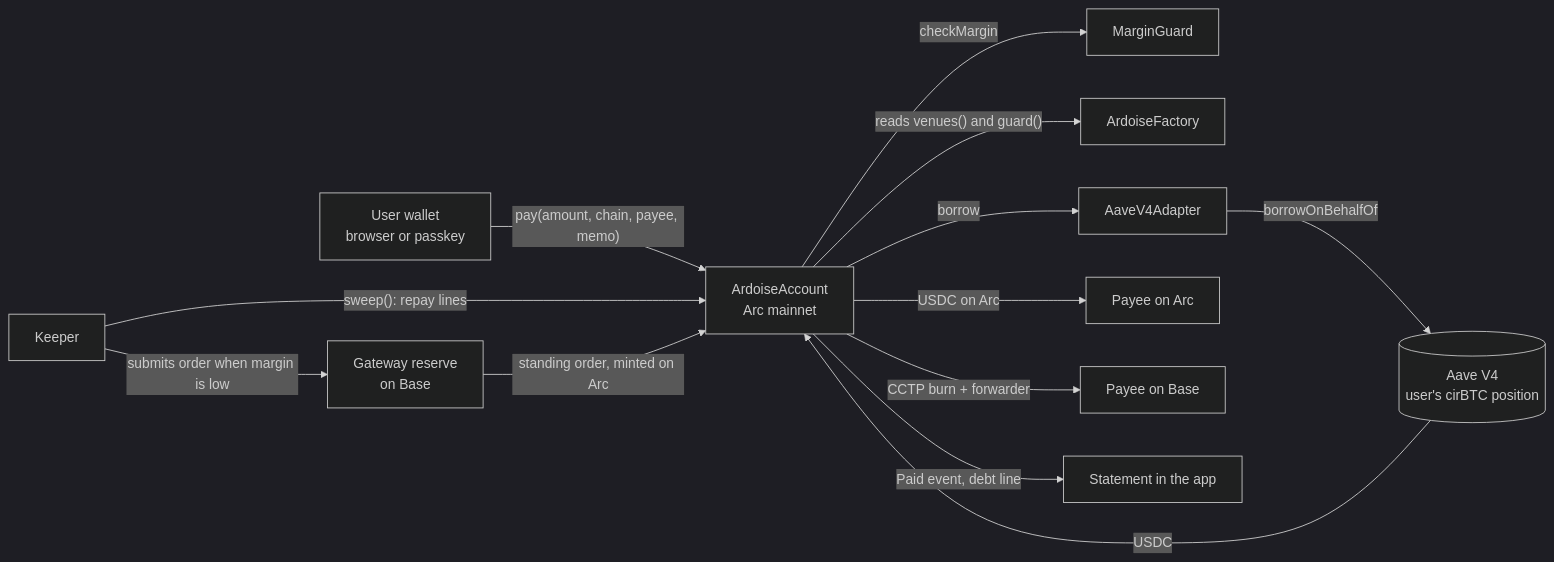
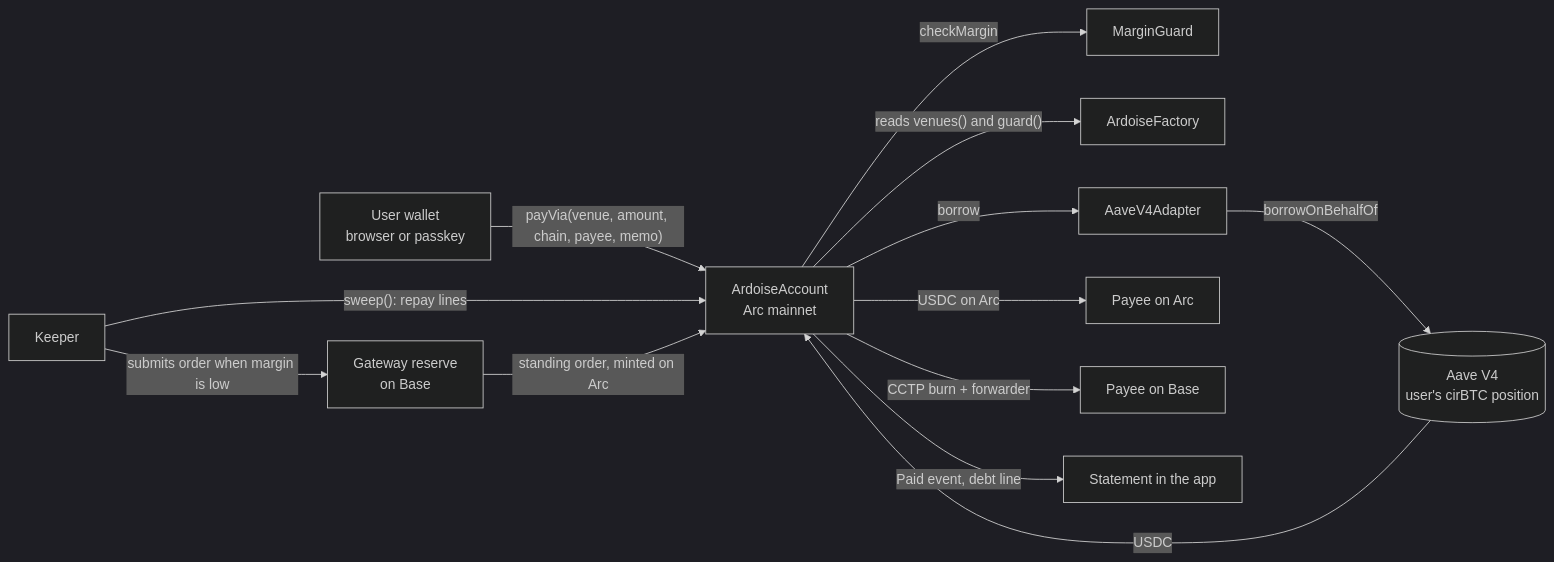
Before and after one commit to enzoblain/Ardoise: the diagram in README.md, drawn with Mermaid (dark theme). The commit also changed other lines of this file and 2 other files, not shown here.

First line of the commit message:
docs: document payVia, the venue picker and the new sweep order

````diff
--- a/README.md
+++ b/README.md
@@ -54,15 +54,15 @@
 ```mermaid
 flowchart LR
-  W["User wallet<br/>browser or passkey"] -->|"pay(amount, chain, payee, memo)"| A[ArdoiseAccount<br/>Arc mainnet]
+  W["User wallet<br/>browser or passkey"] -->|"payVia(venue, amount, chain, payee, memo)"| A[ArdoiseAccount<br/>Arc mainnet]
   A -->|checkMargin| G[MarginGuard]
   A -->|"reads venues() and guard()"| F[ArdoiseFactory]
   A -->|borrow| AD[AaveV4Adapter]
   AD -->|"borrowOnBehalfOf"| AV[("Aave V4<br/>user's cirBTC position")]
   AV -->|USDC| A
   A -->|USDC on Arc| P1[Payee on Arc]
   A -->|"CCTP burn + forwarder"| P2[Payee on Base]
   A -->|"Paid event, debt line"| S[Statement in the app]
   K[Keeper] -->|"sweep(): repay lines"| A
   GW[Gateway reserve<br/>on Base] -->|"standing order, minted on Arc"| A
   K -->|submits order when margin is low| GW
 ```
````
